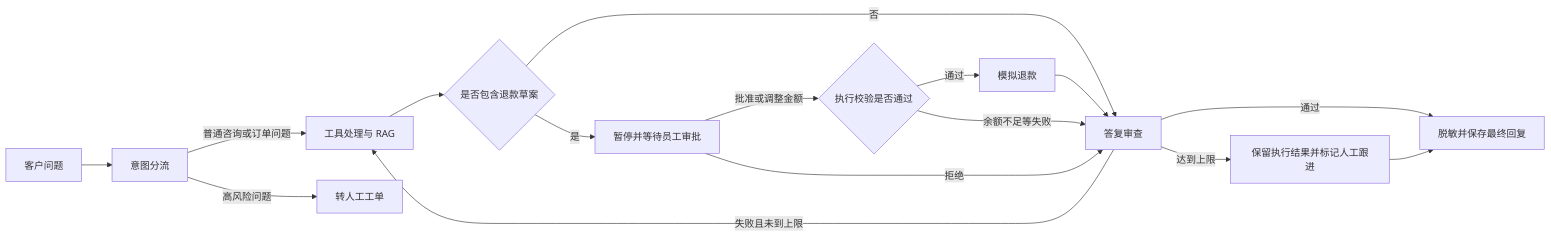
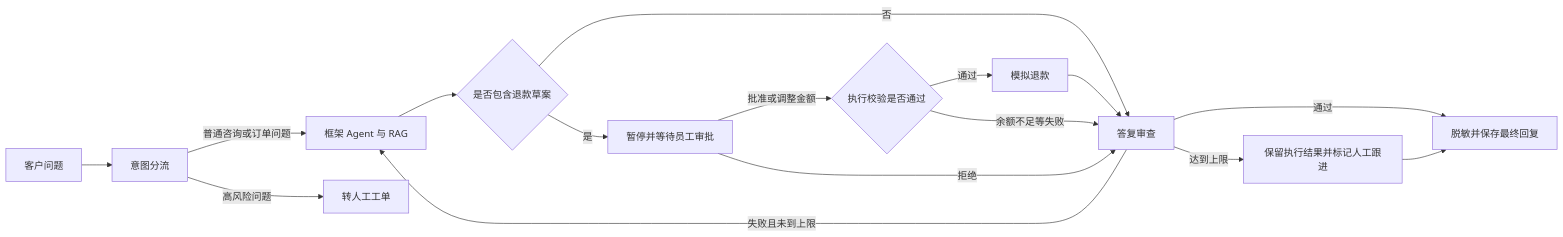
The diagram in README.md (moyun-Yuan/ecommerce-after-sales-agent), drawn with Mermaid before and after one commit. The commit also changed other lines of this file and 11 other files, not shown here.

````diff
--- a/README.md
+++ b/README.md
@@ -28,18 +29,18 @@
 ```mermaid
 flowchart LR
     U[客户问题] --> T[意图分流]
-    T -->|普通咨询或订单问题| S[工具处理与 RAG]
+    T -->|普通咨询或订单问题| S[框架 Agent 与 RAG]
     T -->|高风险问题| H[转人工工单]
     S --> A{是否包含退款草案}
     A -->|否| R[答复审查]
     A -->|是| P[暂停并等待员工审批]
     P -->|批准或调整金额| V{执行校验是否通过}
     V -->|通过| X[模拟退款]
     V -->|余额不足等失败| R
     P -->|拒绝| R
     X --> R
     R -->|通过| O[脱敏并保存最终回复]
     R -->|失败且未到上限| S
     R -->|达到上限| F[保留执行结果并标记人工跟进]
     F --> O
 ```
````
